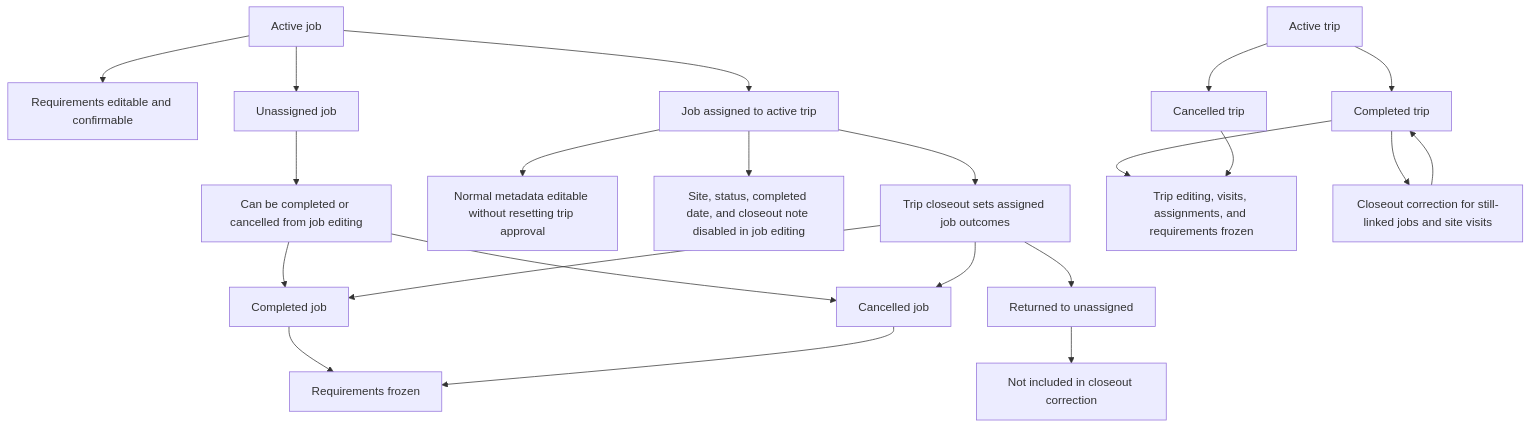
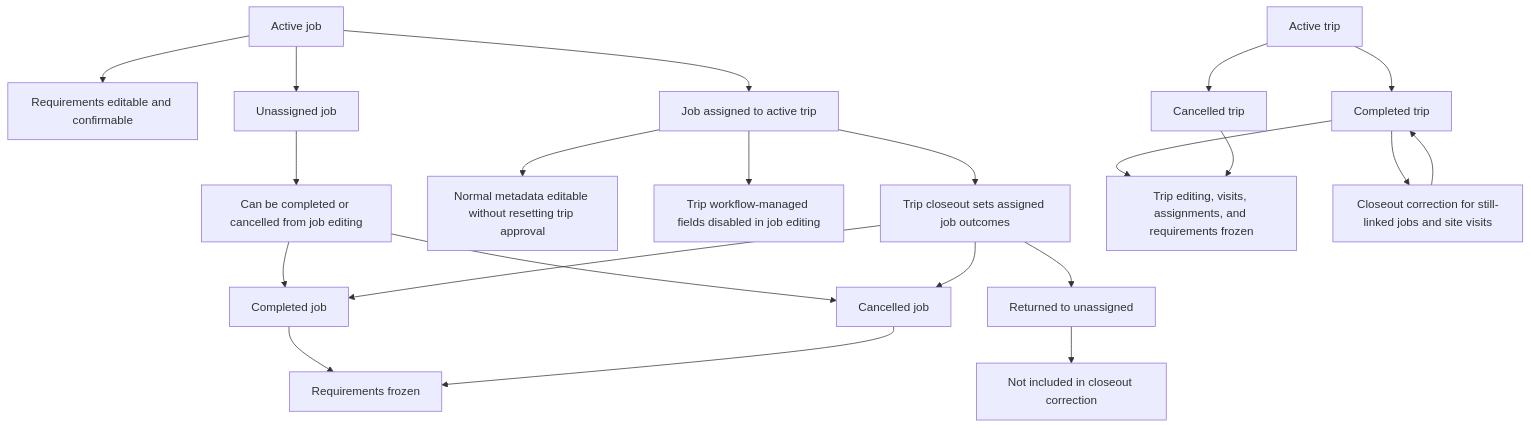
The diagram in docs/workflow-policy.md (reuben-harris/AccessAtlas), drawn with Mermaid before and after one commit. The commit also changed other lines of this file and 2 other files, not shown here.

Commit message:
docs(jobs): clarify trip workflow managed fields

````diff
--- a/docs/workflow-policy.md
+++ b/docs/workflow-policy.md
@@ -5,28 +5,28 @@
 ```mermaid
 flowchart TD
     ActiveJob["Active job"] --> RequirementsEditable["Requirements editable and confirmable"]
     ActiveJob --> UnassignedJob["Unassigned job"]
     ActiveJob --> AssignedJob["Job assigned to active trip"]
 
     UnassignedJob --> DirectOutcome["Can be completed or cancelled from job editing"]
     AssignedJob --> MetadataEditable["Normal metadata editable without resetting trip approval"]
-    AssignedJob --> OutcomeFieldsLocked["Site, status, completed date, and closeout note disabled in job editing"]
+    AssignedJob --> OutcomeFieldsLocked["Trip workflow-managed fields disabled in job editing"]
     AssignedJob --> TripCloseout["Trip closeout sets assigned job outcomes"]
 
     DirectOutcome --> CompletedJob["Completed job"]
     DirectOutcome --> CancelledJob["Cancelled job"]
     TripCloseout --> CompletedJob
     TripCloseout --> CancelledJob
     TripCloseout --> ReturnedJob["Returned to unassigned"]
 
     CompletedJob --> RequirementsFrozen["Requirements frozen"]
     CancelledJob --> RequirementsFrozen
 
     ActiveTrip["Active trip"] --> CompletedTrip["Completed trip"]
     ActiveTrip --> CancelledTrip["Cancelled trip"]
     CompletedTrip --> TripFrozen["Trip editing, visits, assignments, and requirements frozen"]
     CancelledTrip --> TripFrozen
     CompletedTrip --> CloseoutCorrection["Closeout correction for still-linked jobs and site visits"]
     CloseoutCorrection --> CompletedTrip
     ReturnedJob --> CorrectionLimitation["Not included in closeout correction"]
 ```
````
